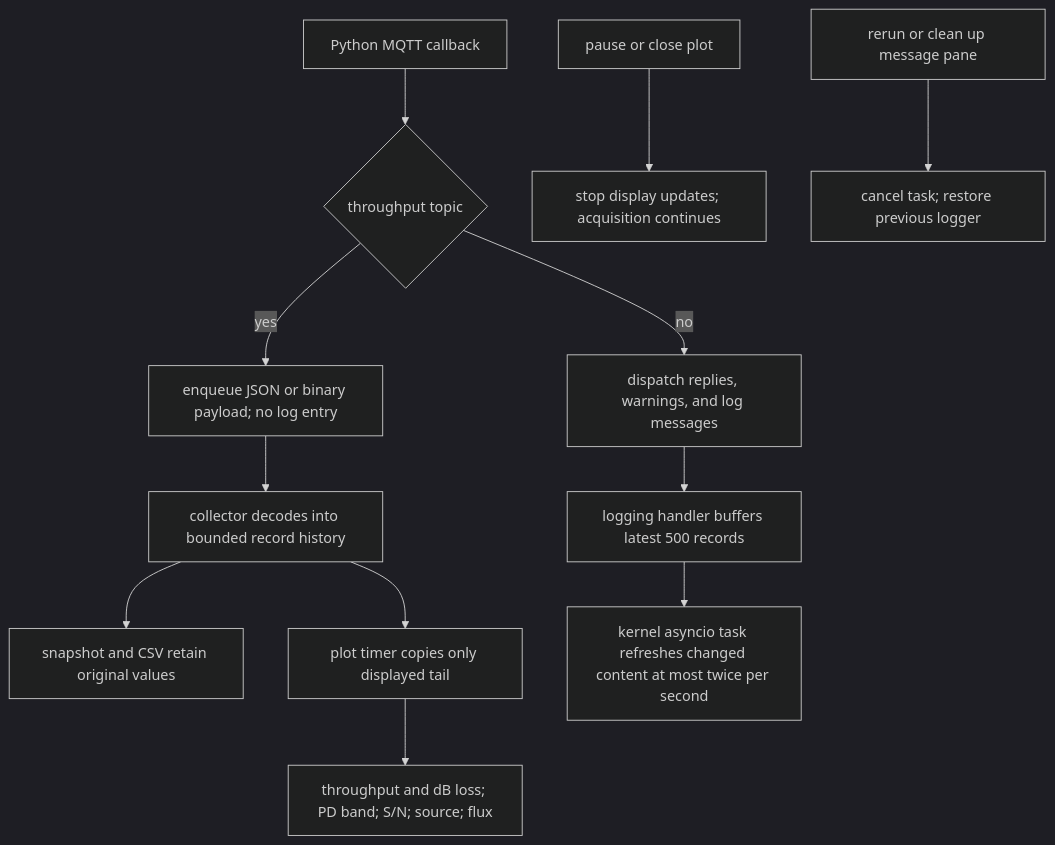
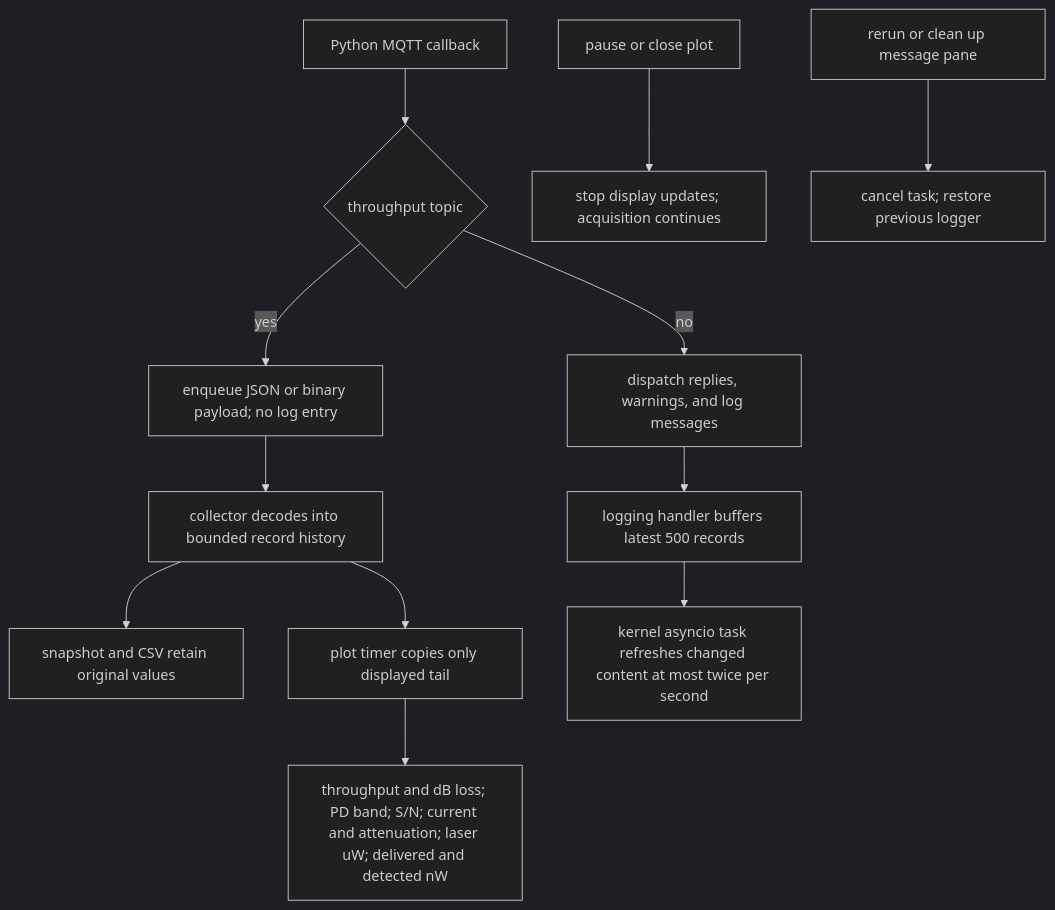
Before and after one commit to COO-Utilities/hispec-tib: diagram 13 of 25 in doc/diagrams.md, drawn with Mermaid (dark theme). The commit also changed other lines of this file and 25 other files, not shown here.

````diff
--- a/doc/diagrams.md
+++ b/doc/diagrams.md
@@ -301,14 +297,14 @@
 ```mermaid
 flowchart TD
   MQTT[Python MQTT callback] --> Kind{throughput topic}
   Kind -- yes --> Collect[enqueue JSON or binary payload; no log entry]
   Collect --> Decode[collector decodes into bounded record history]
   Decode --> CSV[snapshot and CSV retain original values]
   Decode --> Plot[plot timer copies only displayed tail]
-  Plot --> Panels[throughput and dB loss; PD band; S/N; source; flux]
+  Plot --> Panels[throughput and dB loss; PD band; S/N; current and attenuation; laser uW; delivered and detected nW]
   Kind -- no --> Logs[dispatch replies, warnings, and log messages]
   Logs --> Buffer[logging handler buffers latest 500 records]
   Buffer --> Pane[kernel asyncio task refreshes changed content at most twice per second]
   Pause[pause or close plot] --> DisplayOnly[stop display updates; acquisition continues]
   Cleanup[rerun or clean up message pane] --> Cancel[cancel task; restore previous logger]
 ```
````
